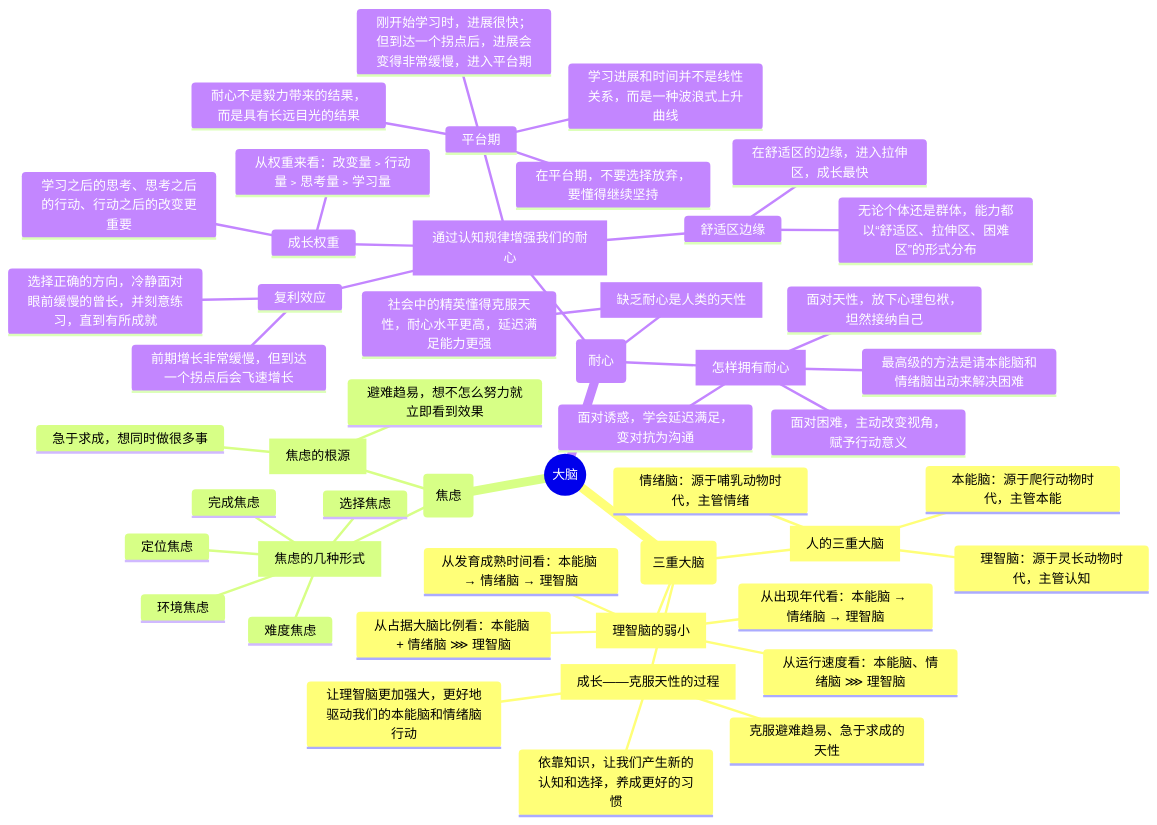
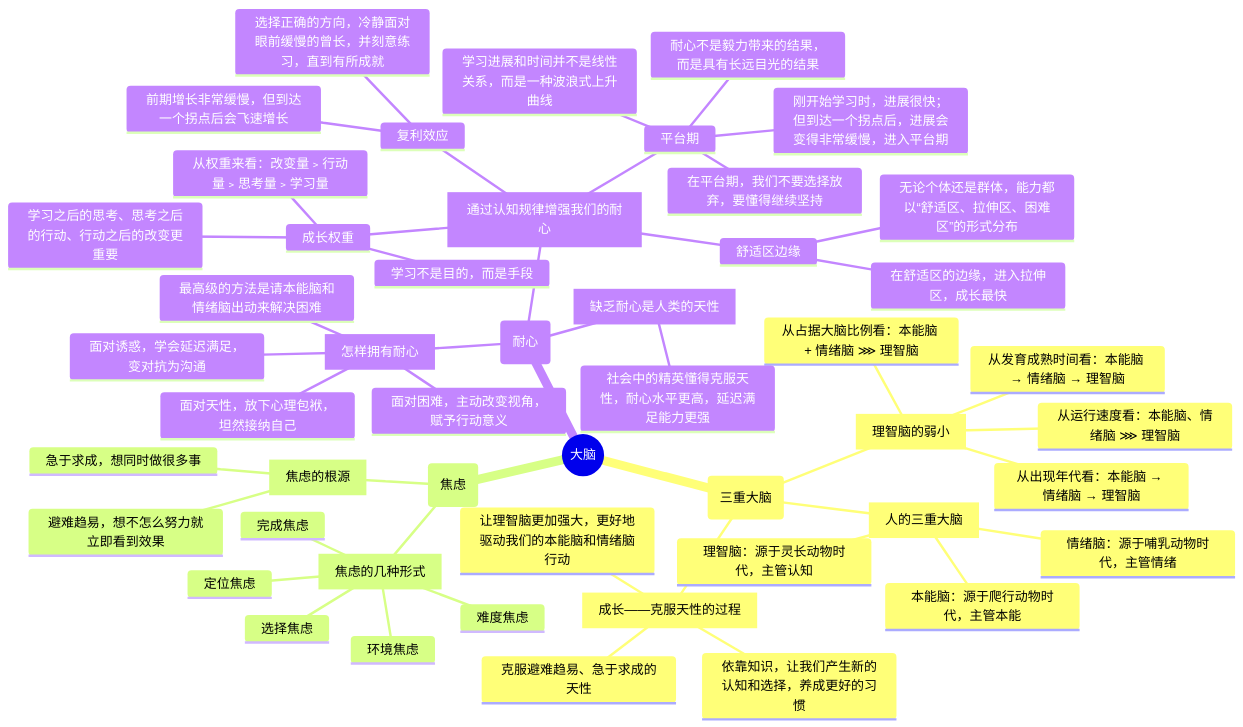
One commit to ytx-readings/zl-books changed the second of 9 diagrams in reading-notes/rzjx/README.md. Above: the diagram before and after it, drawn with Mermaid. The commit also changed other lines of this file, not shown here.

````diff
--- a/reading-notes/rzjx/README.md
+++ b/reading-notes/rzjx/README.md
@@ -134,51 +134,52 @@
 ```mermaid
 mindmap
 ((大脑))
     (三重大脑)
         [人的三重大脑]
             本能脑：源于爬行动物时代，主管本能
             情绪脑：源于哺乳动物时代，主管情绪
             理智脑：源于灵长动物时代，主管认知
         [理智脑的弱小]
             从出现年代看：本能脑 → 情绪脑 → 理智脑
             从发育成熟时间看：本能脑 → 情绪脑 → 理智脑
             从占据大脑比例看：本能脑 + 情绪脑 ⋙ 理智脑
             从运行速度看：本能脑、情绪脑 ⋙ 理智脑
         [成长——克服天性的过程]
             克服避难趋易、急于求成的天性
             依靠知识，让我们产生新的认知和选择，养成更好的习惯
             让理智脑更加强大，更好地驱动我们的本能脑和情绪脑行动
     (焦虑)
         [焦虑的几种形式]
             完成焦虑
             定位焦虑
             选择焦虑
             环境焦虑
             难度焦虑
         [焦虑的根源]
             急于求成，想同时做很多事
             避难趋易，想不怎么努力就立即看到效果
     (耐心)
         [缺乏耐心是人类的天性]
             社会中的精英懂得克服天性，耐心水平更高，延迟满足能力更强
         [通过认知规律增强我们的耐心]
             复利效应
                 前期增长非常缓慢，但到达一个拐点后会飞速增长
                 选择正确的方向，冷静面对眼前缓慢的曾长，并刻意练习，直到有所成就
             舒适区边缘
                 无论个体还是群体，能力都以“舒适区、拉伸区、困难区”的形式分布
                 在舒适区的边缘，进入拉伸区，成长最快
             成长权重
+                学习不是目的，而是手段
                 学习之后的思考、思考之后的行动、行动之后的改变更重要
                 从权重来看：改变量﹥行动量﹥思考量﹥学习量
             平台期
                 学习进展和时间并不是线性关系，而是一种波浪式上升曲线
                 刚开始学习时，进展很快；但到达一个拐点后，进展会变得非常缓慢，进入平台期
-                在平台期，不要选择放弃，要懂得继续坚持
+                在平台期，我们不要选择放弃，要懂得继续坚持
                 耐心不是毅力带来的结果，而是具有长远目光的结果
         [怎样拥有耐心]
             面对天性，放下心理包袱，坦然接纳自己
             面对诱惑，学会延迟满足，变对抗为沟通
             面对困难，主动改变视角，赋予行动意义
             最高级的方法是请本能脑和情绪脑出动来解决困难
 ```
````
